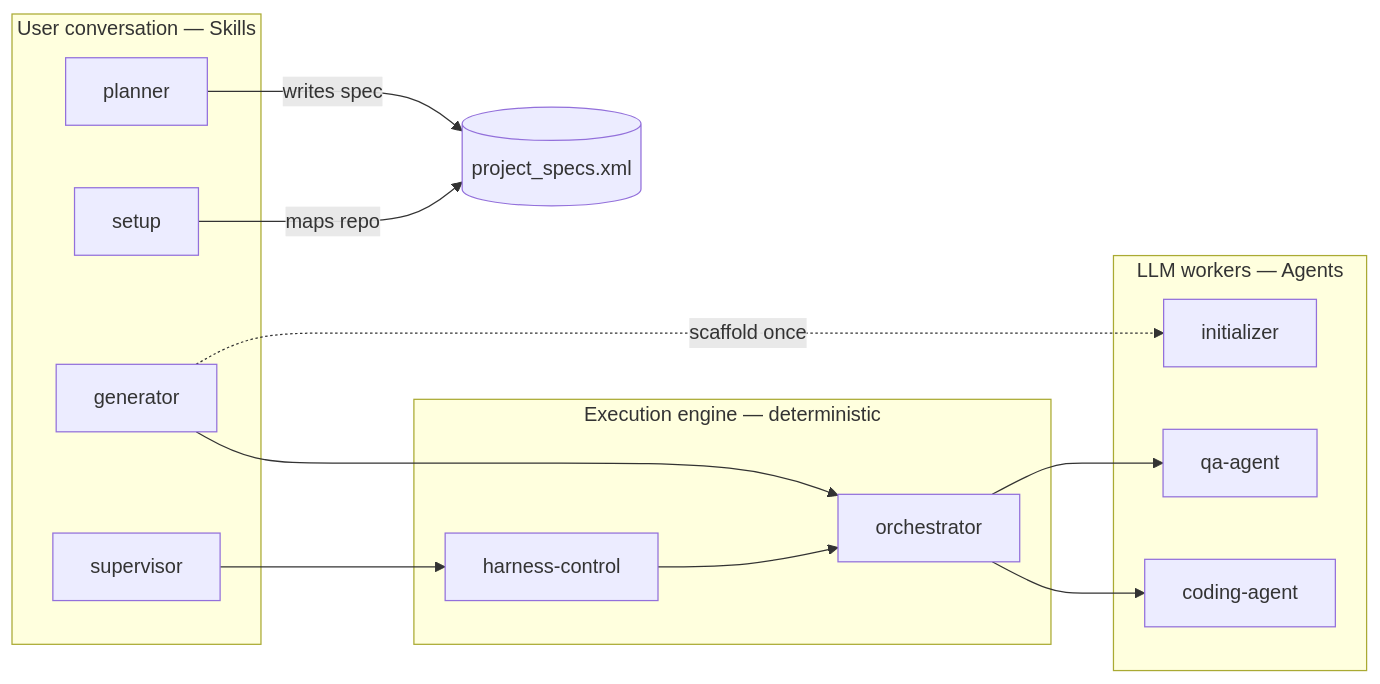
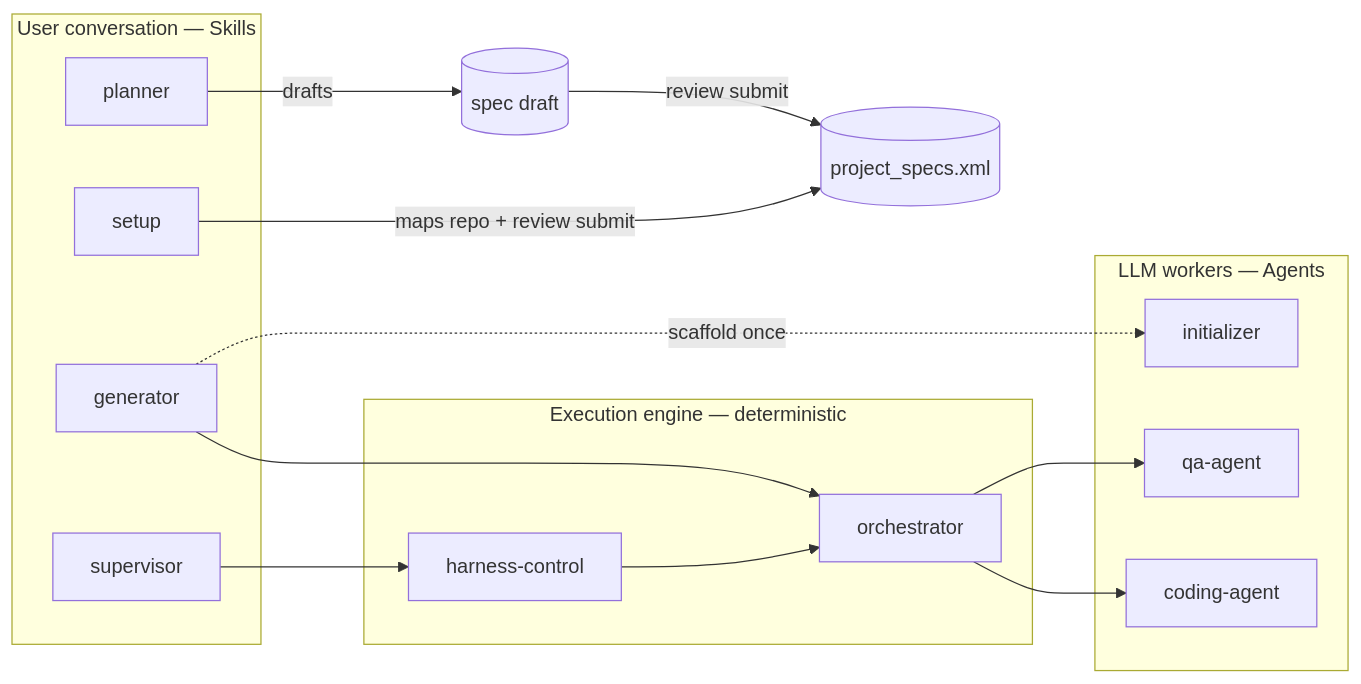
The first of 2 diagrams in CONTEXT.md (vinicius91carvalho/harness-engineering), drawn with Mermaid before and after one commit. The commit also changed 2 other files, not shown here.

Commit message:
no-mistakes(document): Sync spec-review documentation

````diff
--- a/CONTEXT.md
+++ b/CONTEXT.md
@@ -24,25 +24,26 @@
 ```mermaid
 flowchart LR
   subgraph User["User conversation — Skills"]
     P[planner]
     S[setup]
     G[generator]
     SV[supervisor]
   end
   subgraph Engine["Execution engine — deterministic"]
     HC[harness-control]
     OR[orchestrator]
   end
   subgraph Workers["LLM workers — Agents"]
     C[coding-agent]
     Q[qa-agent]
     I[initializer]
   end
-  P -->|writes spec| SPEC[(project_specs.xml)]
-  S -->|maps repo| SPEC
+  P -->|drafts| DRAFT[(spec draft)]
+  DRAFT -->|review submit| SPEC[(project_specs.xml)]
+  S -->|maps repo + review submit| SPEC
   G --> OR
   SV --> HC --> OR
   OR --> C
   OR --> Q
   G -.->|scaffold once| I
 ```
````
